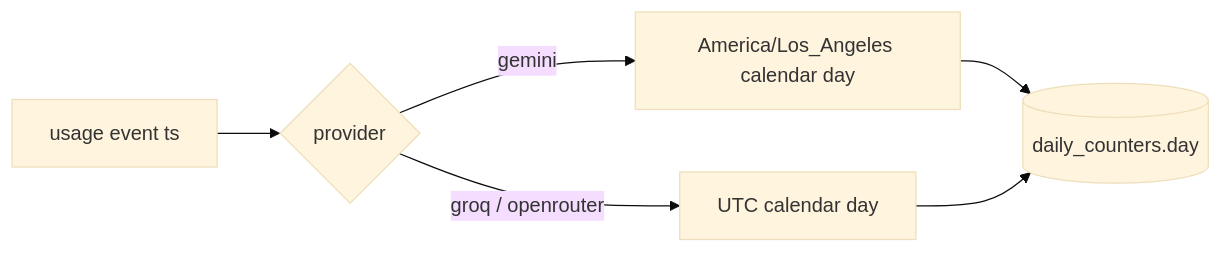
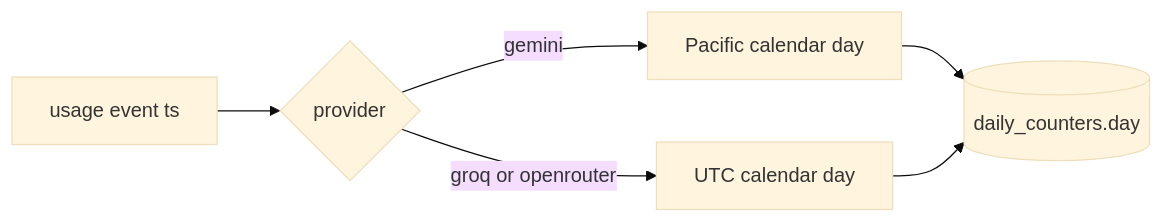
One commit to DaniilPodruchnyMgtuIu6/llm-proxy changed the seventh of 10 diagrams in docs/architecture.md. Above: the diagram before and after it, drawn with Mermaid (base theme). The commit also changed other lines of this file and 4 other files, not shown here.

Commit message:
Add Mermaid architecture viewer at /architecture.

````diff
--- a/docs/architecture.md
+++ b/docs/architecture.md
@@ -174,8 +178,8 @@
 ```mermaid
 flowchart LR
   Ev[usage event ts] --> P{provider}
-  P -->|gemini| PT[America/Los_Angeles calendar day]
-  P -->|groq / openrouter| UTC[UTC calendar day]
+  P -->|gemini| PT[Pacific calendar day]
+  P -->|groq or openrouter| UTC[UTC calendar day]
   PT --> Key[(daily_counters.day)]
   UTC --> Key
 ```
````
